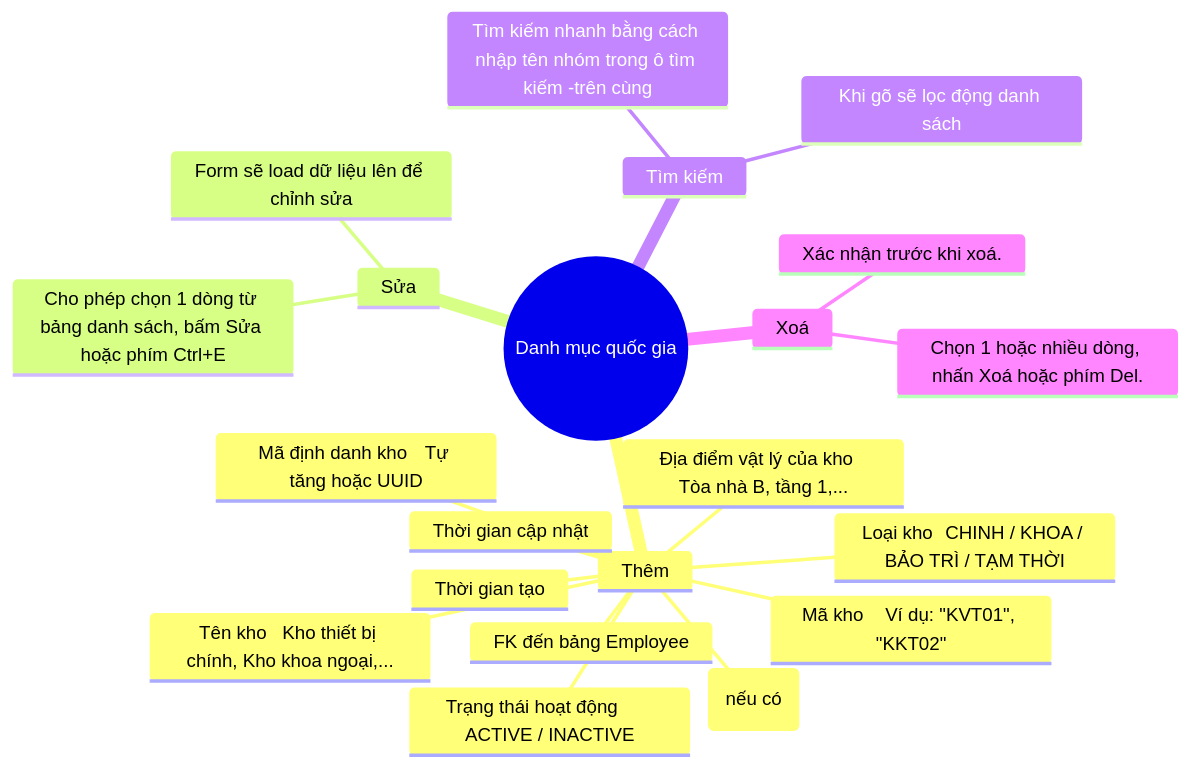
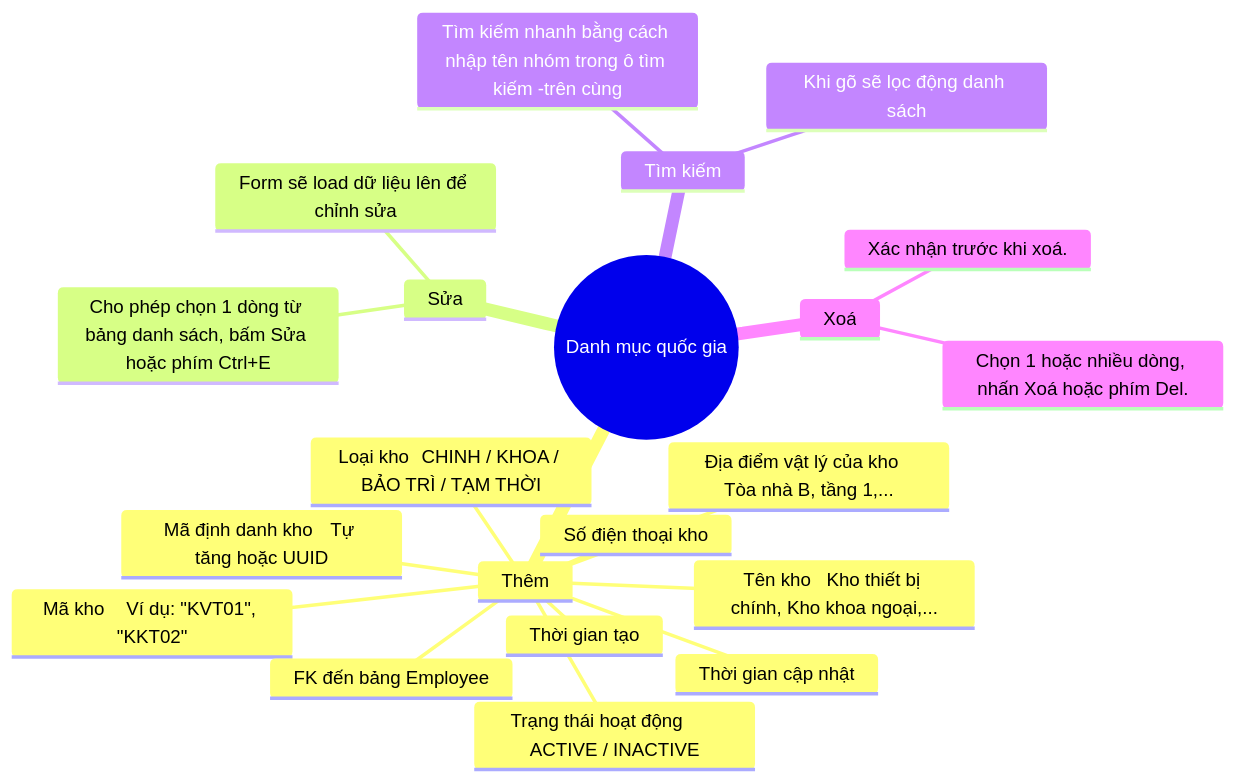
One commit to nthanhdo/mems-brainstorm changed the diagram in mindmap-kho.md. Above: the diagram before and after it, drawn with Mermaid.

````diff
--- a/mindmap-kho.md
+++ b/mindmap-kho.md
@@ -1,27 +1,27 @@
 ```mermaid
 mindmap
   root((Danh mục quốc gia))
      
         Thêm
           Mã định danh kho	Tự tăng hoặc UUID
           Mã kho	Ví dụ: "KVT01", "KKT02"
           Tên kho	Kho thiết bị chính, Kho khoa ngoại,...
           Loại kho	CHINH / KHOA / BẢO TRÌ / TẠM THỜI
           Địa điểm vật lý của kho	Tòa nhà B, tầng 1,...
           FK đến bảng Employee	
-          Số điện thoại kho (nếu có)	
+          Số điện thoại kho 	
           Trạng thái hoạt động	ACTIVE / INACTIVE
           Thời gian tạo	
           Thời gian cập nhật	
         Sửa
           Cho phép chọn 1 dòng từ bảng danh sách, bấm Sửa hoặc phím Ctrl+E
           Form sẽ load dữ liệu lên để chỉnh sửa
         Tìm kiếm
           Tìm kiếm nhanh bằng cách nhập tên nhóm trong ô tìm kiếm -trên cùng
           Khi gõ sẽ lọc động danh sách
         Xoá
           Chọn 1 hoặc nhiều dòng, nhấn Xoá hoặc phím Del.
           Xác nhận trước khi xoá.
    
 
 ```
````
